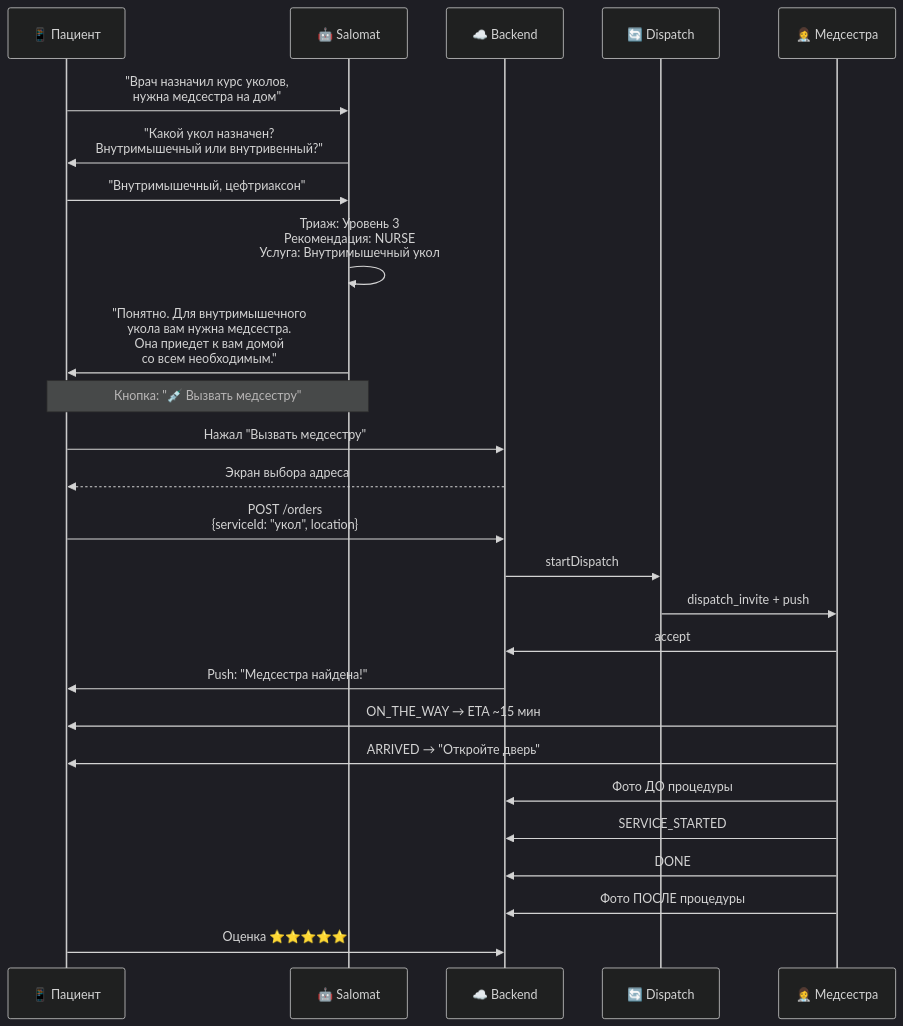
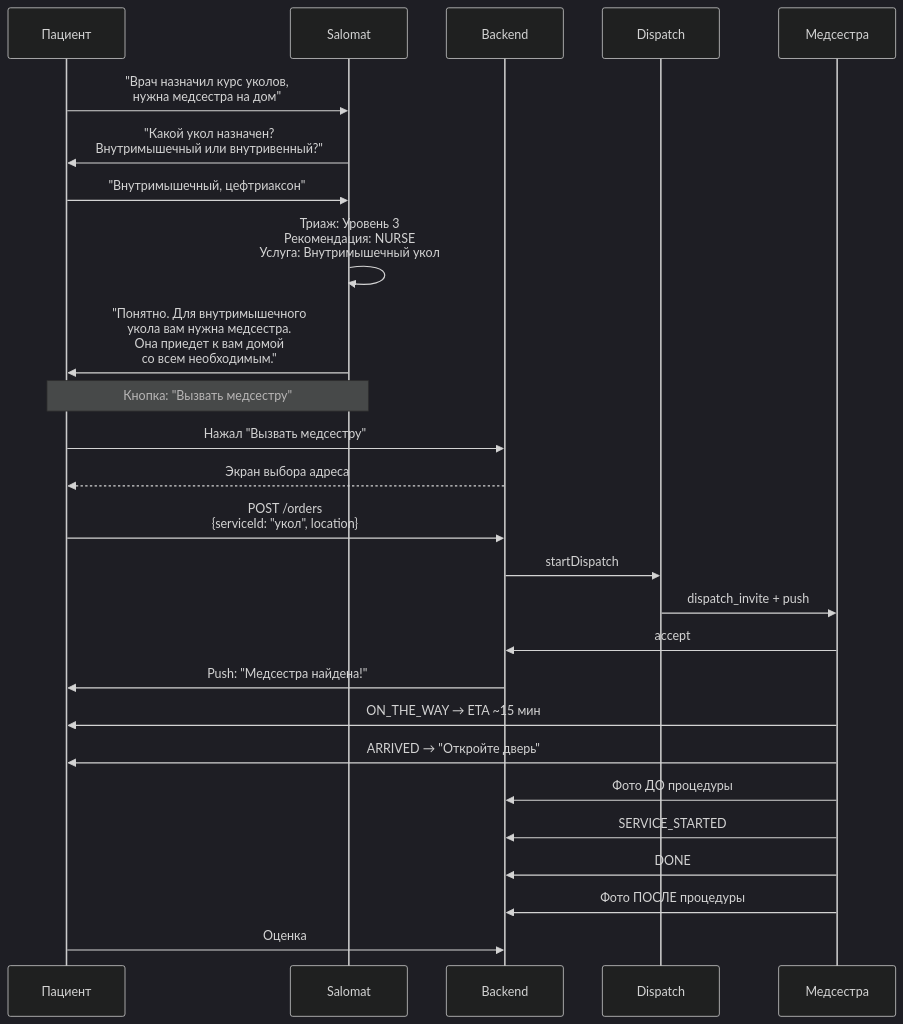
The sixth of 10 diagrams in docs/SALOMAT_FLOW.md (abubakirilhomov/hamshiraGo), drawn with Mermaid (dark theme) before and after one commit. The commit also changed other lines of this file and 1 other file, not shown here.

First line of the commit message:
fix(docs): remove emoji + fix quotes in Mermaid diagrams

````diff
--- a/docs/SALOMAT_FLOW.md
+++ b/docs/SALOMAT_FLOW.md
@@ -214,35 +214,35 @@
 ```mermaid
 sequenceDiagram
-    participant P as 📱 Пациент
-    participant SAL as 🤖 Salomat
-    participant API as ☁️ Backend
-    participant D as 🔄 Dispatch
-    participant M as 👩‍⚕️ Медсестра
+    participant P as Пациент
+    participant SAL as Salomat
+    participant API as Backend
+    participant D as Dispatch
+    participant M as Медсестра
 
     P->>SAL: "Врач назначил курс уколов,<br/>нужна медсестра на дом"
     SAL->>P: "Какой укол назначен?<br/>Внутримышечный или внутривенный?"
     P->>SAL: "Внутримышечный, цефтриаксон"
     
     SAL->>SAL: Триаж: Уровень 3<br/>Рекомендация: NURSE<br/>Услуга: Внутримышечный укол
     
     SAL->>P: "Понятно. Для внутримышечного<br/>укола вам нужна медсестра.<br/>Она приедет к вам домой<br/>со всем необходимым."
     
-    Note over SAL,P: Кнопка: "💉 Вызвать медсестру"
+    Note over SAL,P: Кнопка: "Вызвать медсестру"
     
     P->>API: Нажал "Вызвать медсестру"
     API-->>P: Экран выбора адреса
     
     P->>API: POST /orders<br/>{serviceId: "укол", location}
     API->>D: startDispatch
     D->>M: dispatch_invite + push
     M->>API: accept
     
     API->>P: Push: "Медсестра найдена!"
     M->>P: ON_THE_WAY → ETA ~15 мин
     M->>P: ARRIVED → "Откройте дверь"
     M->>API: Фото ДО процедуры
     M->>API: SERVICE_STARTED
     M->>API: DONE
     M->>API: Фото ПОСЛЕ процедуры
-    P->>API: Оценка ⭐⭐⭐⭐⭐
+    P->>API: Оценка 
 ```
````
